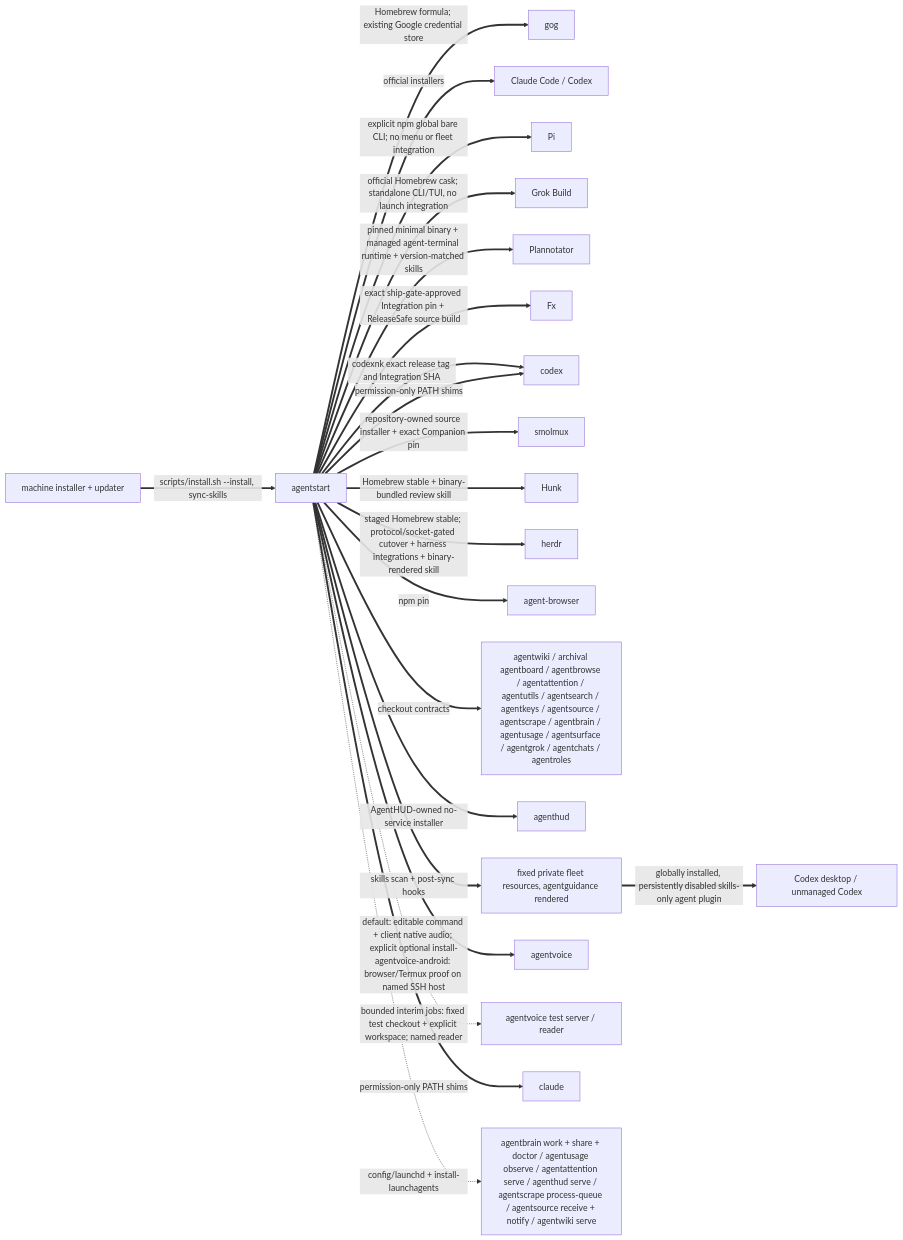
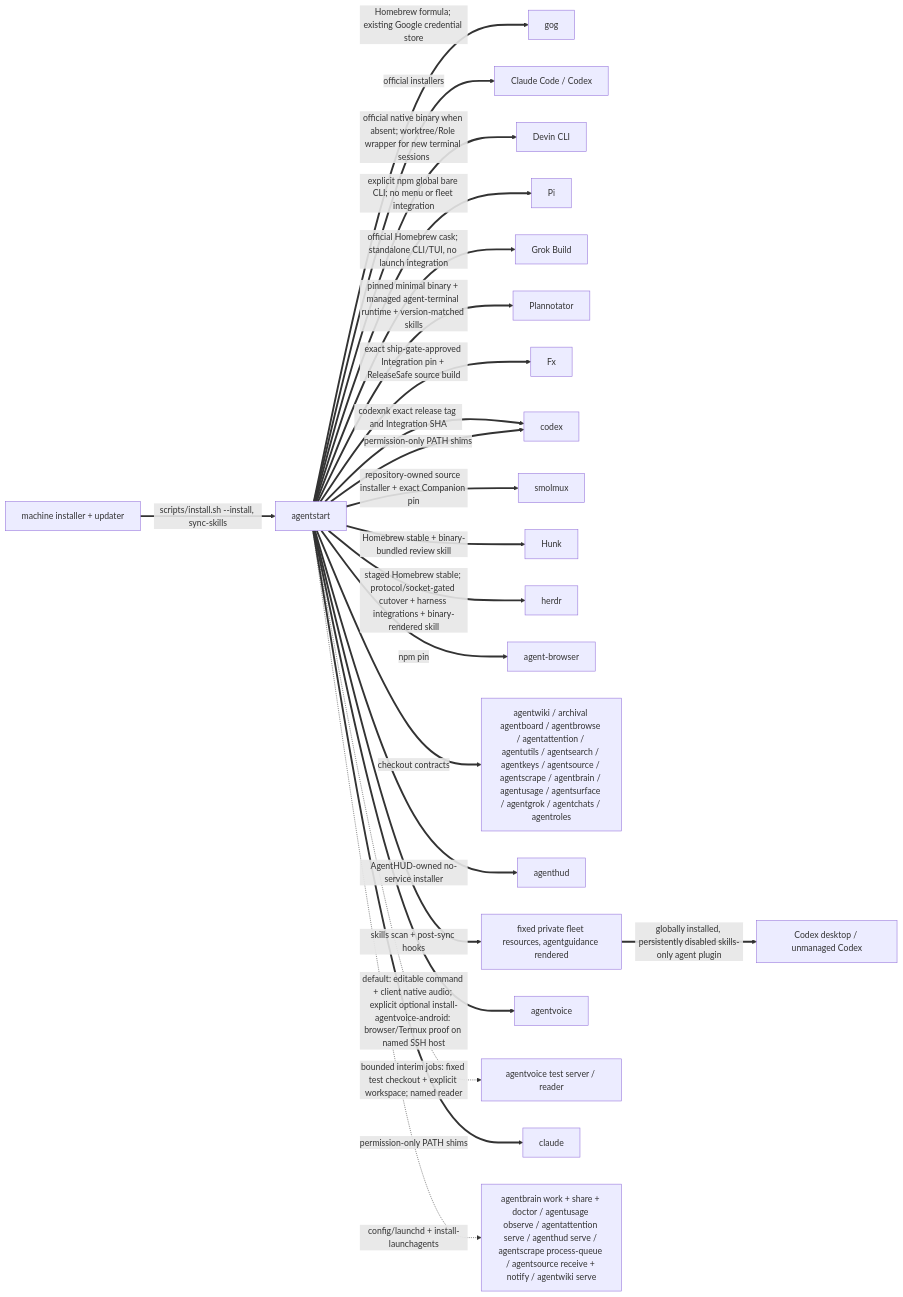
Before and after one commit to possibilities/agentstart: the second of 3 diagrams in skills/fleet/MAP.md, drawn with Mermaid. The commit also changed other lines of this file and 12 other files, not shown here.

Commit message:
Deliver Devin role through owned worktrees

````diff
--- a/skills/fleet/MAP.md
+++ b/skills/fleet/MAP.md
@@ -103,26 +106,27 @@
 ```mermaid
 flowchart LR
     machine[machine installer + updater]
     start[agentstart]
 
     machine ==>|scripts/install.sh --install, sync-skills| start
     start ==>|Homebrew formula; existing Google credential store| gog
     start ==>|official installers| harnesses[Claude Code / Codex]
+    start ==>|official native binary when absent; worktree/Role wrapper for new terminal sessions| devin[Devin CLI]
     start ==>|explicit npm global bare CLI; no menu or fleet integration| pi[Pi]
     start ==>|official Homebrew cask; standalone CLI/TUI, no launch integration| grok[Grok Build]
     start ==>|pinned minimal binary + managed agent-terminal runtime + version-matched skills| plannotator[Plannotator]
     start ==>|exact ship-gate-approved Integration pin + ReleaseSafe source build| fx[Fx]
     start ==>|codexnk exact release tag and Integration SHA| codex
     start ==>|repository-owned source installer + exact Companion pin| smolmuxInstall[smolmux]
     start ==>|Homebrew stable + binary-bundled review skill| hunk[Hunk]
     start ==>|staged Homebrew stable; protocol/socket-gated cutover + harness integrations + binary-rendered skill| herdrInstall[herdr]
     start ==>|npm pin| browser[agent-browser]
     start ==>|checkout contracts| fleet[agentwiki / archival agentboard / agentbrowse / agentattention / agentutils / agentsearch / agentkeys / agentsource / agentscrape / agentbrain / agentusage / agentsurface / agentgrok / agentchats / agentroles]
     start ==>|AgentHUD-owned no-service installer| hudInstall[agenthud]
     start ==>|skills scan + post-sync hooks| skills[fixed private fleet resources, agentguidance rendered]
     start ==>|default: editable command + client native audio; explicit optional install-agentvoice-android: browser/Termux proof on named SSH host| voiceInstall[agentvoice]
     start -.->|bounded interim jobs: fixed test checkout + explicit workspace; named reader| voiceTest[agentvoice test server / reader]
     start ==>|permission-only PATH shims| claude & codex
     skills ==>|globally installed, persistently disabled skills-only agent plugin| codexDesktop[Codex desktop / unmanaged Codex]
     start -.->|config/launchd + install-launchagents| services[agentbrain work + share + doctor / agentusage observe / agentattention serve / agenthud serve / agentscrape process-queue / agentsource receive + notify / agentwiki serve]
 ```
````
